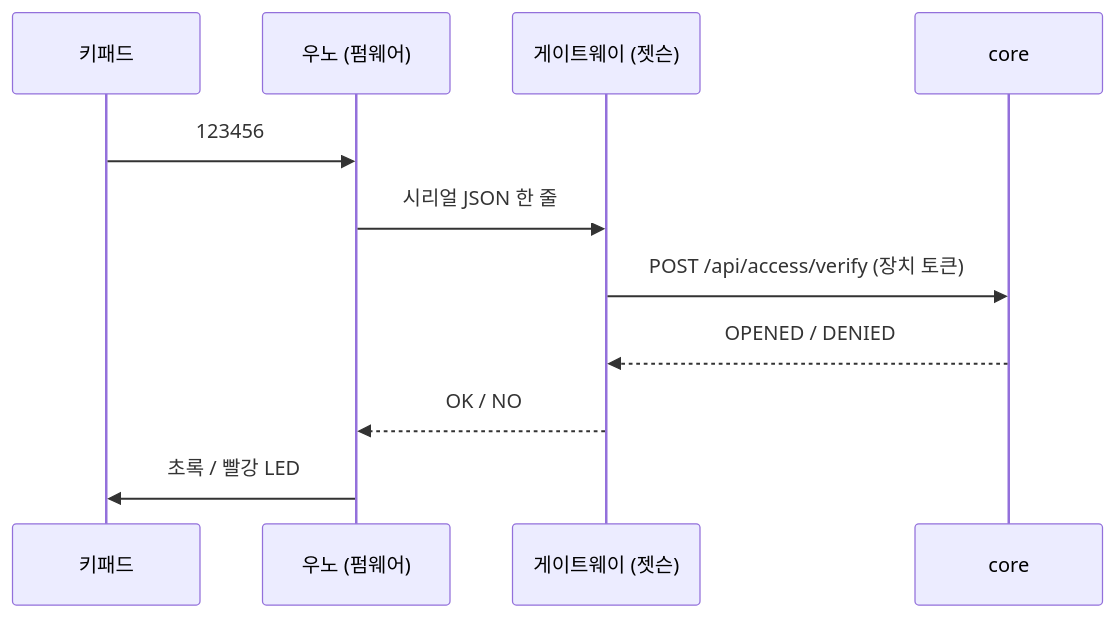
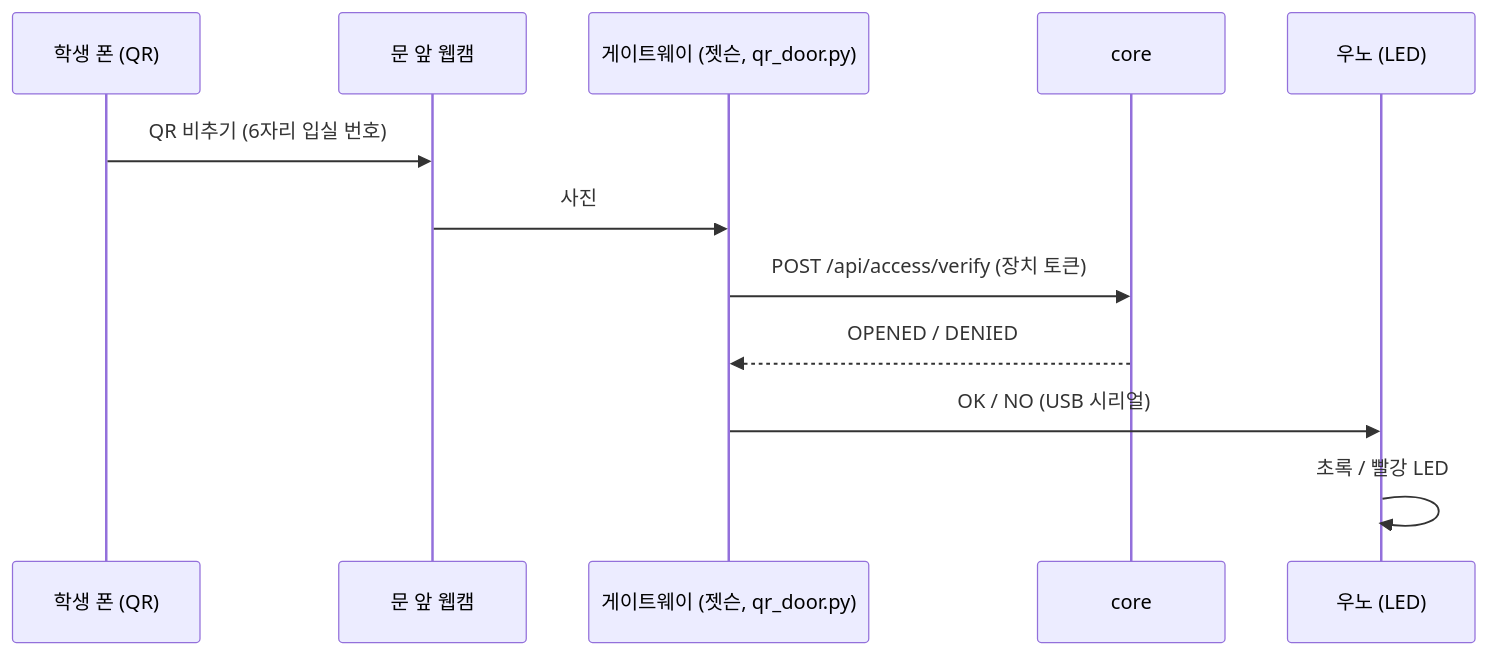
One commit to AI-go-do/mspace-device changed the diagram in docs/access-api.md. Above: the diagram before and after it, drawn with Mermaid. The commit also changed other lines of this file and 18 other files, not shown here.

````diff
--- a/docs/access-api.md
+++ b/docs/access-api.md
@@ -10,13 +10,14 @@
 ```mermaid
 sequenceDiagram
-    participant K as 키패드
-    participant U as 우노 (펌웨어)
-    participant G as 게이트웨이 (젯슨)
+    participant P as 학생 폰 (QR)
+    participant W as 문 앞 웹캠
+    participant G as 게이트웨이 (젯슨, qr_door.py)
     participant C as core
-    K->>U: 123456 #
-    U->>G: 시리얼 JSON 한 줄
+    participant U as 우노 (LED)
+    P->>W: QR 비추기 (6자리 입실 번호)
+    W->>G: 사진
     G->>C: POST /api/access/verify (장치 토큰)
     C-->>G: OPENED / DENIED
-    G-->>U: OK / NO
-    U->>K: 초록 / 빨강 LED
+    G->>U: OK / NO (USB 시리얼)
+    U->>U: 초록 / 빨강 LED
 ```
````
